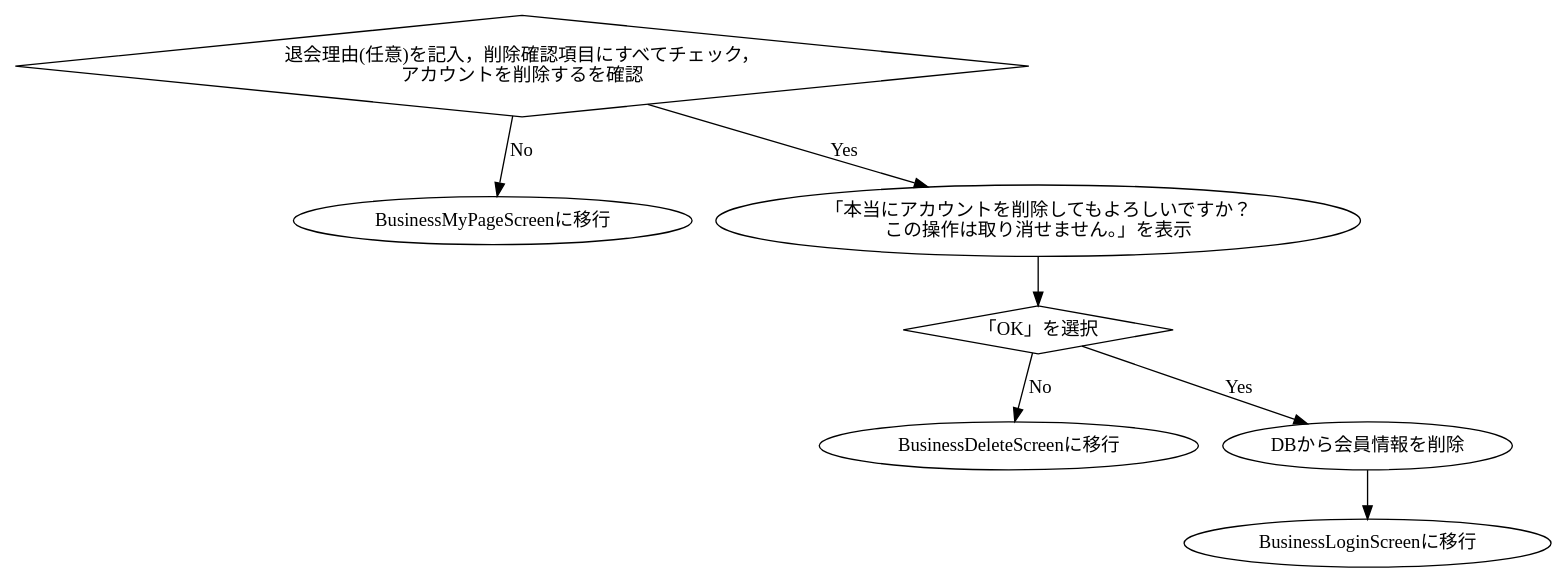
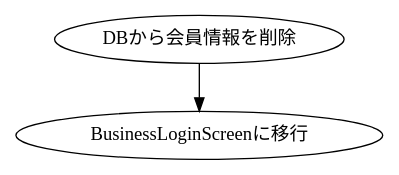
One commit to KUT-Group12/internal_design changed the diagram in dot/iwamura/BusinessDeleteInformation.dot. Above: the diagram before and after it, drawn with Graphviz. The commit also changed 9 other files, not shown here.

```diff
--- a/dot/iwamura/BusinessDeleteInformation.dot
+++ b/dot/iwamura/BusinessDeleteInformation.dot
@@ -1,18 +1,8 @@
 digraph G {
     #include "style.doth"
 
-    input[label = "退会理由(任意)を記入，削除確認項目にすべてチェック，\nアカウントを削除するを確認", shape = diamond]
-    no[label = "BusinessMyPageScreenに移行"]
-    yes[label = "「本当にアカウントを削除してもよろしいですか？\nこの操作は取り消せません。」を表示"]
-    ok[label = "「OK」を選択", shape = diamond]
-    nook[label = "BusinessDeleteScreenに移行"]
     yesok[label = "DBから会員情報を削除"]
     login[label = "BusinessLoginScreenに移行"]
 
-    input -> no[label = "No"]
-    input -> yes[label = "Yes"]
-    yes -> ok
-    ok -> nook[label = "No"]
-    ok -> yesok[label = "Yes"]
     yesok -> login
 }
```
